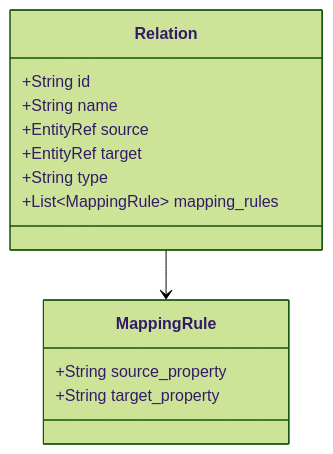
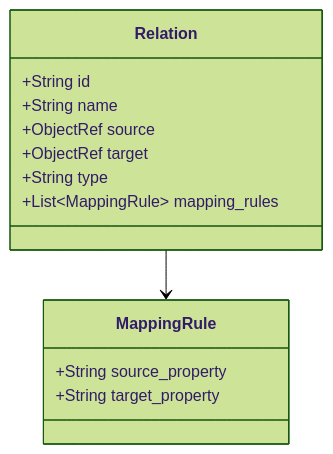
Before and after one commit to hhthxt/bkn-specification: the fourth of 6 diagrams in docs/ARCHITECTURE.md, drawn with Mermaid (forest theme). The commit also changed other lines of this file and 73 other files, not shown here.

First line of the commit message:
Refactor BKN terminology from "Entity" to "Object" across documentation and codebase

````diff
--- a/docs/ARCHITECTURE.md
+++ b/docs/ARCHITECTURE.md
@@ -135,18 +135,18 @@
 ```mermaid
 classDiagram
     class Relation {
         +String id
         +String name
-        +EntityRef source
-        +EntityRef target
+        +ObjectRef source
+        +ObjectRef target
         +String type
         +List~MappingRule~ mapping_rules
     }
     
     class MappingRule {
         +String source_property
         +String target_property
     }
     
     Relation --> MappingRule
 ```
````
